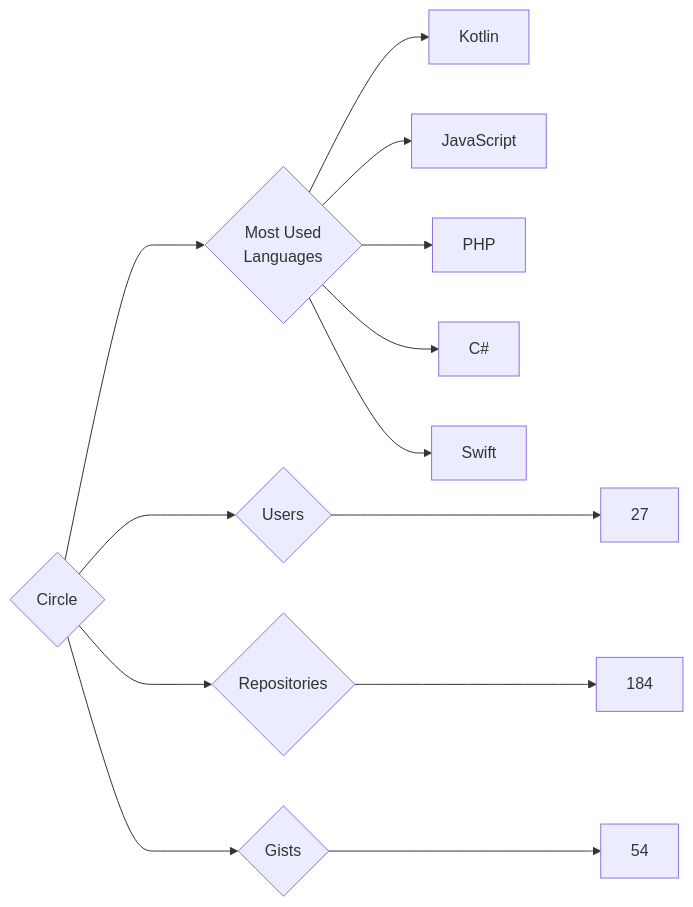
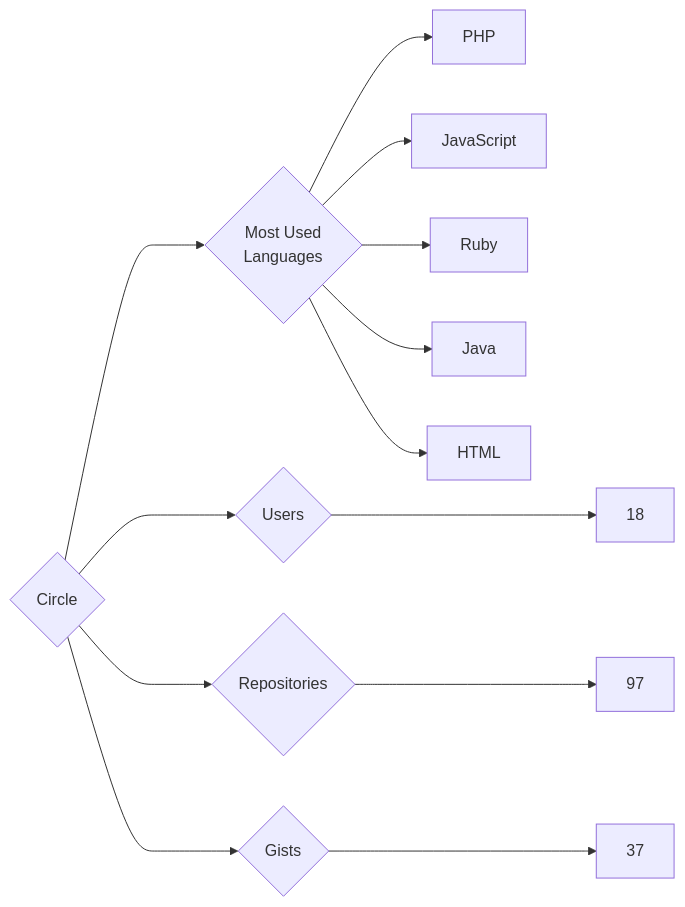
One commit to trickest/insiders changed the diagram in targets/Circle/README.md. Above: the diagram before and after it, drawn with Mermaid. The commit also changed 953 other files, not shown here.

````diff
--- a/targets/Circle/README.md
+++ b/targets/Circle/README.md
@@ -3,13 +3,13 @@
 ```mermaid
 graph LR
 COMPANY_NAME{Circle}
-COMPANY_NAME ---> U{Users} ---> UN[27]
-COMPANY_NAME ---> R{Repositories} ---> RN[184]
-COMPANY_NAME ---> G{Gists} ---> GN[54]
+COMPANY_NAME ---> U{Users} ---> UN[18]
+COMPANY_NAME ---> R{Repositories} ---> RN[97]
+COMPANY_NAME ---> G{Gists} ---> GN[37]
 COMPANY_NAME ---> ML{Most Used<br>Languages}
-ML --> Kotlin[Kotlin]
+ML --> PHP[PHP]
 ML --> JavaScript[JavaScript]
-ML --> PHP[PHP]
-ML --> C#[C#]
-ML --> Swift[Swift]
+ML --> Ruby[Ruby]
+ML --> Java[Java]
+ML --> HTML[HTML]
 ```
````
